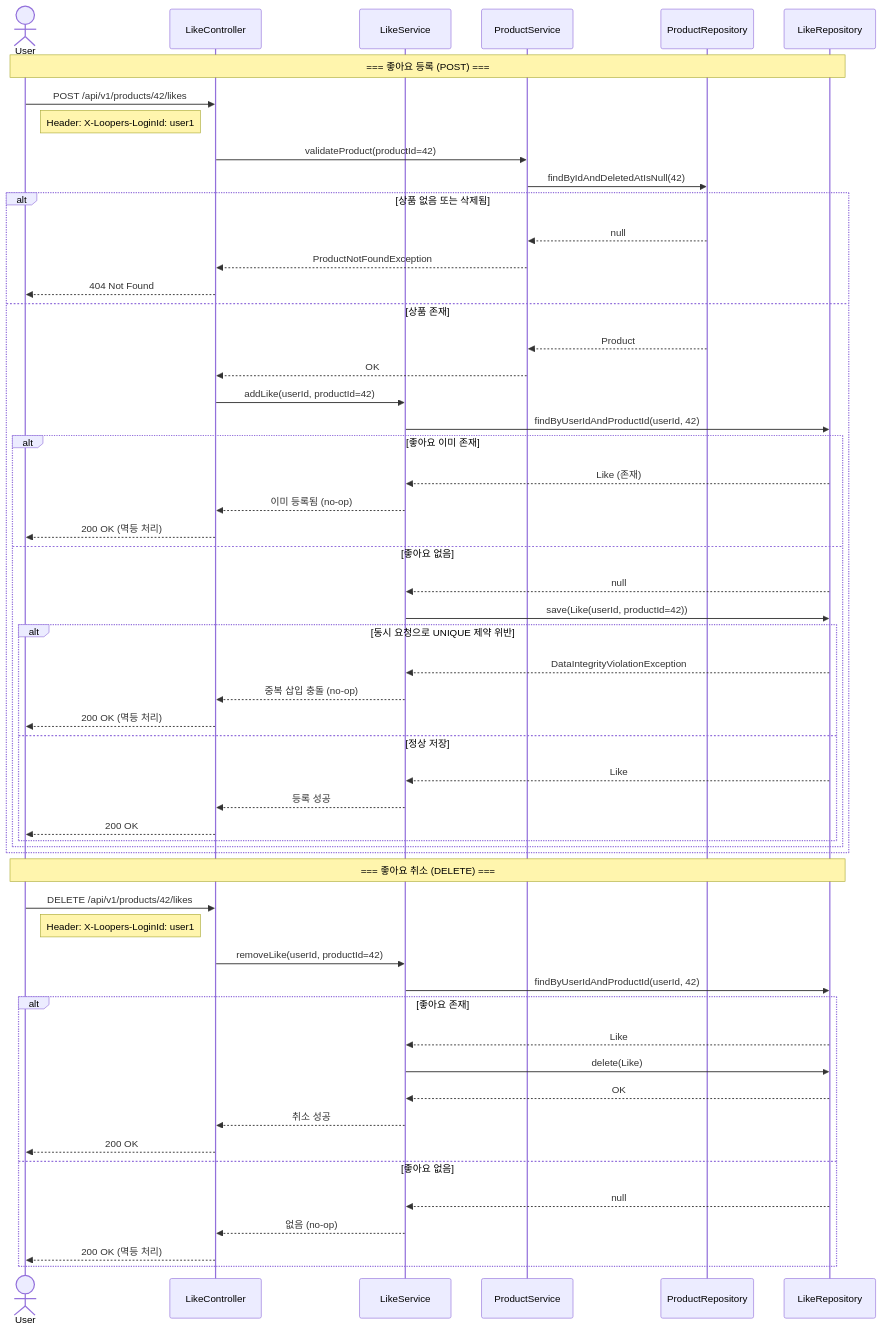
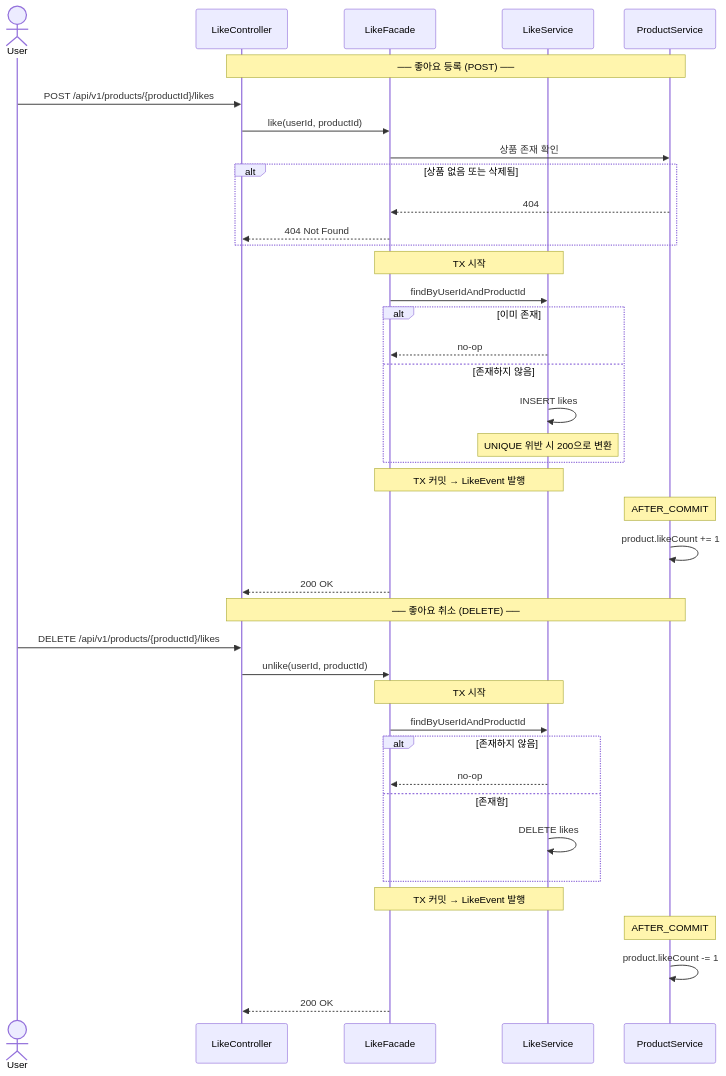
One commit to yeonjoo7/loop-pack-be-l2-vol4-kotlin changed the first of 2 diagrams in docs/week2/02-sequence-diagrams.md. Above: the diagram before and after it, drawn with Mermaid. The commit also changed other lines of this file, not shown here.

First line of the commit message:
docs: rewrite sequence diagrams - remove bloat, focus on key design points

````diff
--- a/docs/week2/02-sequence-diagrams.md
+++ b/docs/week2/02-sequence-diagrams.md
@@ -85,68 +13,47 @@
 ```mermaid
 sequenceDiagram
     actor User
     participant API as LikeController
-    participant LS as LikeService
-    participant PS as ProductService
-    participant PR as ProductRepository
-    participant LR as LikeRepository
+    participant Facade as LikeFacade
+    participant LikeSvc as LikeService
+    participant ProdSvc as ProductService
 
-    Note over User, LR: === 좋아요 등록 (POST) ===
+    Note over API,ProdSvc: ── 좋아요 등록 (POST) ──
 
-    User->>API: POST /api/v1/products/42/likes
-    Note right of User: Header: X-Loopers-LoginId: user1
-
-    API->>PS: validateProduct(productId=42)
-    PS->>PR: findByIdAndDeletedAtIsNull(42)
-
+    User->>API: POST /api/v1/products/{productId}/likes
+    API->>Facade: like(userId, productId)
+    Facade->>ProdSvc: 상품 존재 확인
     alt 상품 없음 또는 삭제됨
-        PR-->>PS: null
-        PS-->>API: ProductNotFoundException
-        API-->>User: 404 Not Found
-    else 상품 존재
-        PR-->>PS: Product
-        PS-->>API: OK
-
-        API->>LS: addLike(userId, productId=42)
-        LS->>LR: findByUserIdAndProductId(userId, 42)
-
-        alt 좋아요 이미 존재
-            LR-->>LS: Like (존재)
-            LS-->>API: 이미 등록됨 (no-op)
-            API-->>User: 200 OK (멱등 처리)
-        else 좋아요 없음
-            LR-->>LS: null
-            LS->>LR: save(Like(userId, productId=42))
-
-            alt 동시 요청으로 UNIQUE 제약 위반
-                LR-->>LS: DataIntegrityViolationException
-                LS-->>API: 중복 삽입 충돌 (no-op)
-                API-->>User: 200 OK (멱등 처리)
-            else 정상 저장
-                LR-->>LS: Like
-                LS-->>API: 등록 성공
-                API-->>User: 200 OK
-            end
-        end
+        ProdSvc-->>Facade: 404
+        Facade-->>API: 404 Not Found
     end
 
-    Note over User, LR: === 좋아요 취소 (DELETE) ===
+    Note over Facade,LikeSvc: TX 시작
+    Facade->>LikeSvc: findByUserIdAndProductId
+    alt 이미 존재
+        LikeSvc-->>Facade: no-op
+    else 존재하지 않음
+        LikeSvc->>LikeSvc: INSERT likes
+        Note over LikeSvc: UNIQUE 위반 시 200으로 변환
+    end
+    Note over Facade,LikeSvc: TX 커밋 → LikeEvent 발행
+    Note over ProdSvc: AFTER_COMMIT
+    ProdSvc->>ProdSvc: product.likeCount += 1
+    Facade-->>API: 200 OK
 
-    User->>API: DELETE /api/v1/products/42/likes
-    Note right of User: Header: X-Loopers-LoginId: user1
+    Note over API,ProdSvc: ── 좋아요 취소 (DELETE) ──
 
-    API->>LS: removeLike(userId, productId=42)
-    LS->>LR: findByUserIdAndProductId(userId, 42)
-
-    alt 좋아요 존재
-        LR-->>LS: Like
-        LS->>LR: delete(Like)
-        LR-->>LS: OK
-        LS-->>API: 취소 성공
-        API-->>User: 200 OK
-    else 좋아요 없음
-        LR-->>LS: null
-        LS-->>API: 없음 (no-op)
-        API-->>User: 200 OK (멱등 처리)
+    User->>API: DELETE /api/v1/products/{productId}/likes
+    API->>Facade: unlike(userId, productId)
+    Note over Facade,LikeSvc: TX 시작
+    Facade->>LikeSvc: findByUserIdAndProductId
+    alt 존재하지 않음
+        LikeSvc-->>Facade: no-op
+    else 존재함
+        LikeSvc->>LikeSvc: DELETE likes
     end
+    Note over Facade,LikeSvc: TX 커밋 → LikeEvent 발행
+    Note over ProdSvc: AFTER_COMMIT
+    ProdSvc->>ProdSvc: product.likeCount -= 1
+    Facade-->>API: 200 OK
 ```
````
